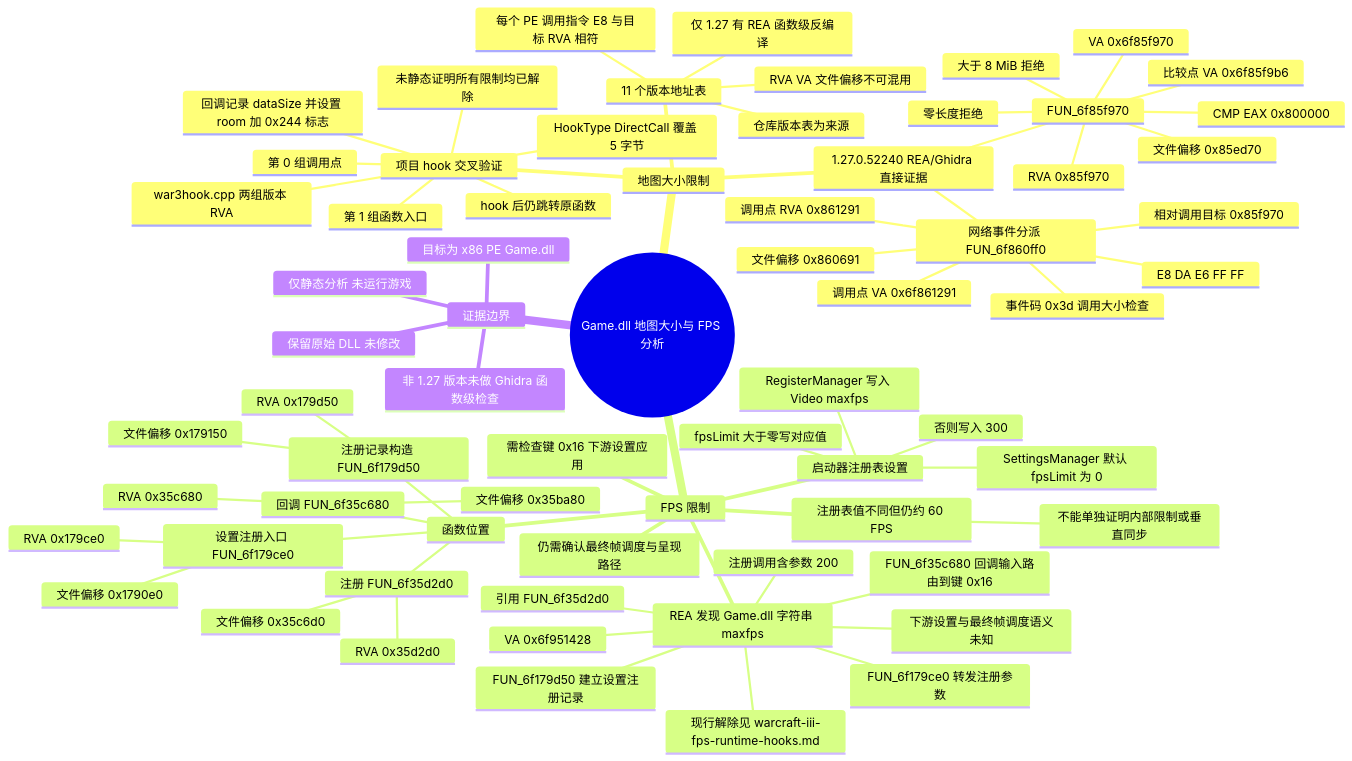
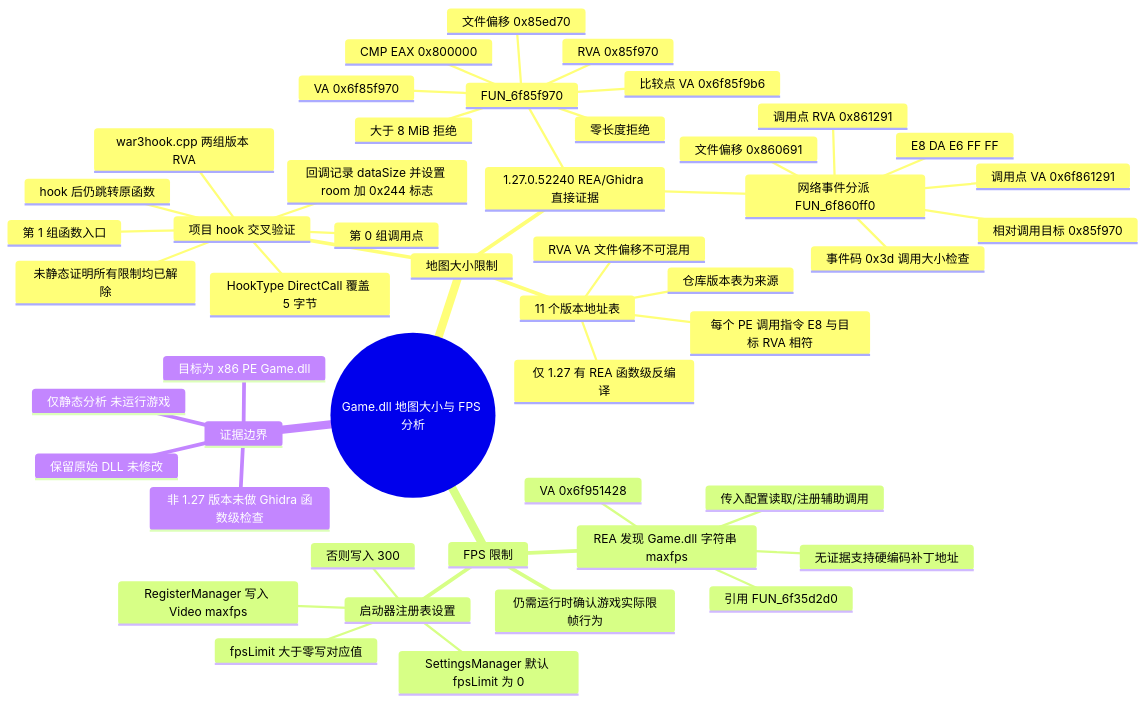
Before and after one commit to wuxiancong/War3Analysis: the diagram in analyses/warcraft-iii-game-dll-map-size-and-fps-mindmap.md, drawn with Mermaid. The commit also changed 134 other files, not shown here.

````diff
--- a/analyses/warcraft-iii-game-dll-map-size-and-fps-mindmap.md
+++ b/analyses/warcraft-iii-game-dll-map-size-and-fps-mindmap.md
@@ -3,71 +3,51 @@
 ```mermaid
 mindmap
   root((Game.dll 地图大小与 FPS 分析))
     地图大小限制
       1.27.0.52240 REA/Ghidra 直接证据
         FUN_6f85f970
           VA 0x6f85f970
           RVA 0x85f970
           文件偏移 0x85ed70
           比较点 VA 0x6f85f9b6
           CMP EAX 0x800000
           大于 8 MiB 拒绝
           零长度拒绝
         网络事件分派 FUN_6f860ff0
           事件码 0x3d 调用大小检查
           调用点 VA 0x6f861291
           调用点 RVA 0x861291
           文件偏移 0x860691
           E8 DA E6 FF FF
           相对调用目标 0x85f970
       项目 hook 交叉验证
         war3hook.cpp 两组版本 RVA
         第 0 组调用点
         第 1 组函数入口
         HookType DirectCall 覆盖 5 字节
         回调记录 dataSize 并设置 room 加 0x244 标志
         hook 后仍跳转原函数
         未静态证明所有限制均已解除
       11 个版本地址表
         仓库版本表为来源
         每个 PE 调用指令 E8 与目标 RVA 相符
         仅 1.27 有 REA 函数级反编译
         RVA VA 文件偏移不可混用
     FPS 限制
       REA 发现 Game.dll 字符串 maxfps
         VA 0x6f951428
         引用 FUN_6f35d2d0
-        注册调用含参数 200
-        FUN_6f179ce0 转发注册参数
-        FUN_6f179d50 建立设置注册记录
-        FUN_6f35c680 回调输入路由到键 0x16
-        下游设置与最终帧调度语义未知
-        现行解除见 warcraft-iii-fps-runtime-hooks.md
-      函数位置
-        注册 FUN_6f35d2d0
-          RVA 0x35d2d0
-          文件偏移 0x35c6d0
-        回调 FUN_6f35c680
-          RVA 0x35c680
-          文件偏移 0x35ba80
-        设置注册入口 FUN_6f179ce0
-          RVA 0x179ce0
-          文件偏移 0x1790e0
-        注册记录构造 FUN_6f179d50
-          RVA 0x179d50
-          文件偏移 0x179150
+        传入配置读取/注册辅助调用
+        无证据支持硬编码补丁地址
       启动器注册表设置
         RegisterManager 写入 Video maxfps
         fpsLimit 大于零写对应值
         否则写入 300
         SettingsManager 默认 fpsLimit 为 0
-      注册表值不同但仍约 60 FPS
-        不能单独证明内部限制或垂直同步
-      需检查键 0x16 下游设置应用
-      仍需确认最终帧调度与呈现路径
+      仍需运行时确认游戏实际限帧行为
     证据边界
       目标为 x86 PE Game.dll
       仅静态分析 未运行游戏
       保留原始 DLL 未修改
       非 1.27 版本未做 Ghidra 函数级检查
 ```
````
